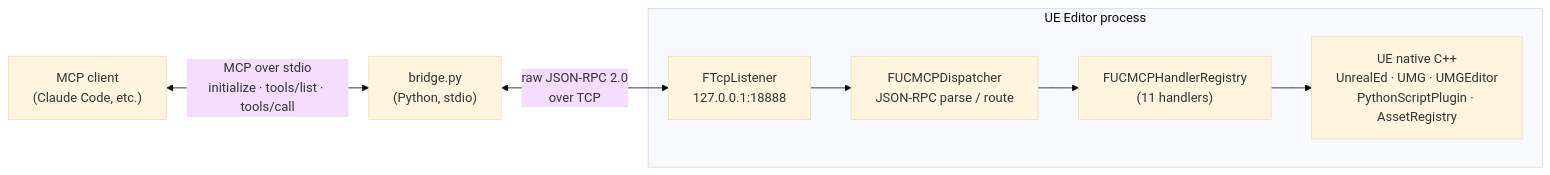
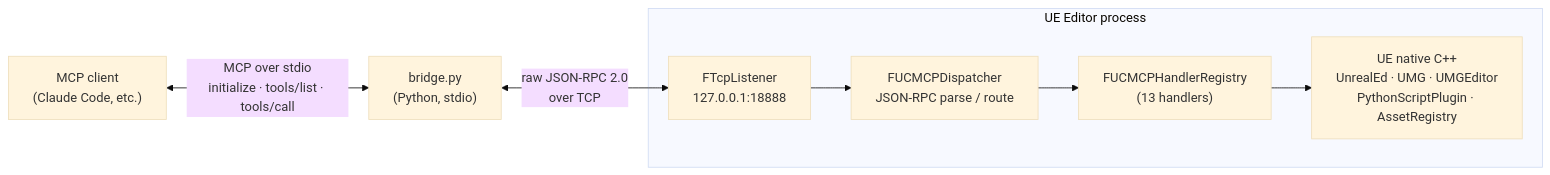
The first of 2 diagrams in docs/ARCHITECTURE.md (daveCode-dot/UnrealClaudeMCP), drawn with Mermaid (base theme) before and after one commit. The commit also changed other lines of this file and 6 other files, not shown here.

````diff
--- a/docs/ARCHITECTURE.md
+++ b/docs/ARCHITECTURE.md
@@ -5,18 +5,18 @@
 ```mermaid
 flowchart LR
     Client["MCP client<br/>(Claude Code, etc.)"]
     Bridge["bridge.py<br/>(Python, stdio)"]
 
     subgraph UE["UE Editor process"]
         TCP["FTcpListener<br/>127.0.0.1:18888"]
         Disp["FUCMCPDispatcher<br/>JSON-RPC parse / route"]
-        Reg["FUCMCPHandlerRegistry<br/>(11 handlers)"]
+        Reg["FUCMCPHandlerRegistry<br/>(13 handlers)"]
         Native["UE native C++<br/>UnrealEd · UMG · UMGEditor<br/>PythonScriptPlugin · AssetRegistry"]
     end
 
     Client <-->|"MCP over stdio<br/>initialize · tools/list · tools/call"| Bridge
     Bridge <-->|"raw JSON-RPC 2.0<br/>over TCP"| TCP
     TCP --> Disp
     Disp --> Reg
     Reg --> Native
 ```
````
